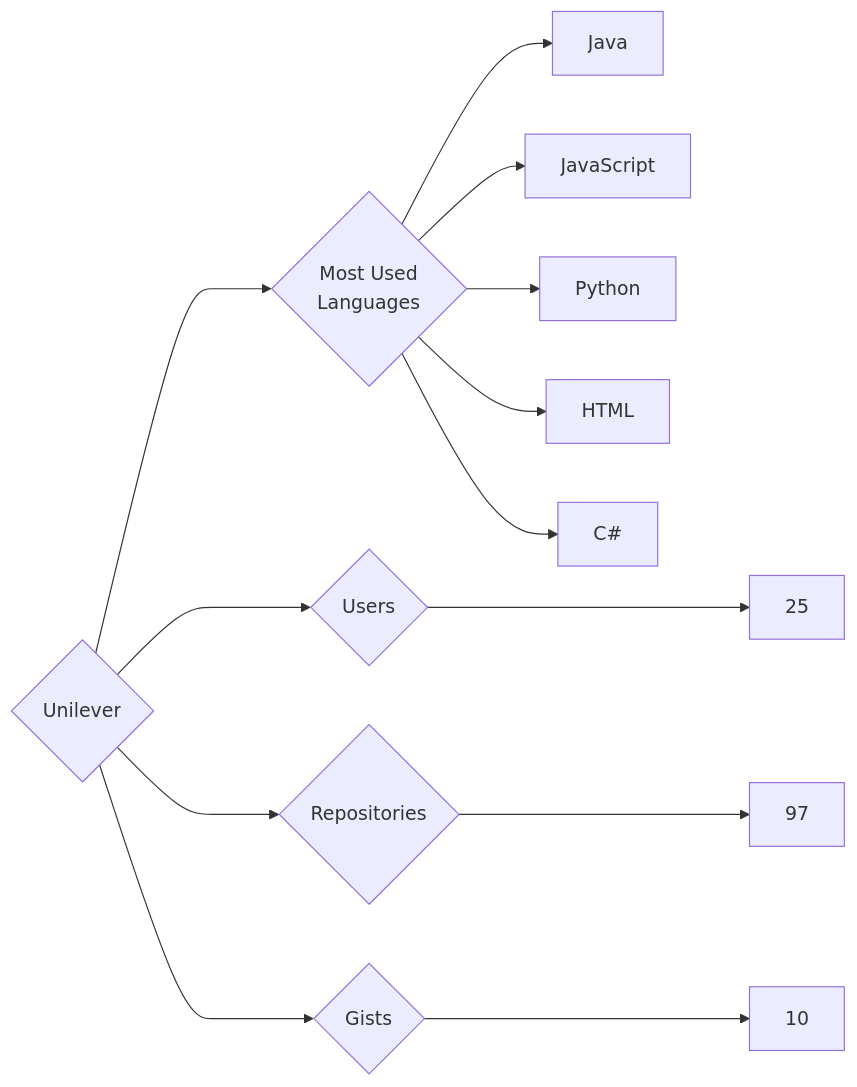
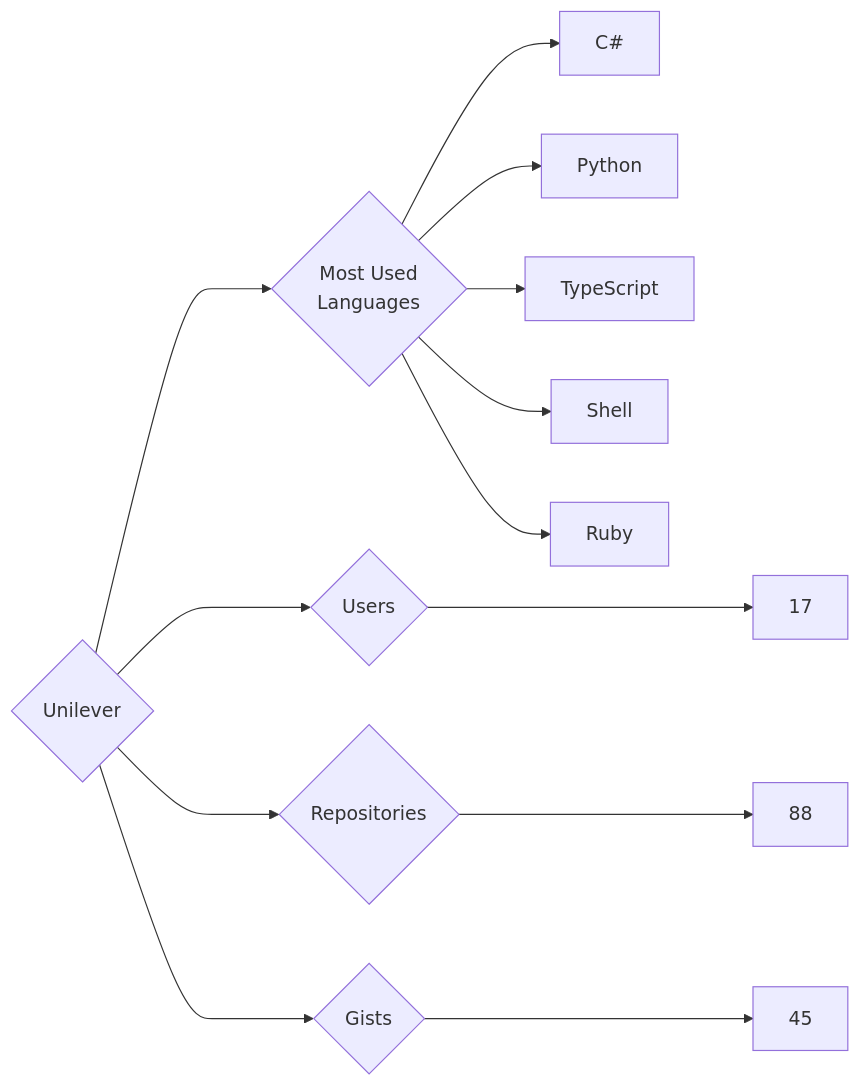
Before and after one commit to trickest/insiders: the diagram in targets/Unilever/README.md, drawn with Mermaid. The commit also changed 972 other files, not shown here.

````diff
--- a/targets/Unilever/README.md
+++ b/targets/Unilever/README.md
@@ -3,13 +3,13 @@
 ```mermaid
 graph LR
 COMPANY_NAME{Unilever}
-COMPANY_NAME ---> U{Users} ---> UN[25]
-COMPANY_NAME ---> R{Repositories} ---> RN[97]
-COMPANY_NAME ---> G{Gists} ---> GN[10]
+COMPANY_NAME ---> U{Users} ---> UN[17]
+COMPANY_NAME ---> R{Repositories} ---> RN[88]
+COMPANY_NAME ---> G{Gists} ---> GN[45]
 COMPANY_NAME ---> ML{Most Used<br>Languages}
-ML --> Java[Java]
-ML --> JavaScript[JavaScript]
+ML --> C#[C#]
 ML --> Python[Python]
-ML --> HTML[HTML]
-ML --> C#[C#]
+ML --> TypeScript[TypeScript]
+ML --> Shell[Shell]
+ML --> Ruby[Ruby]
 ```
````
